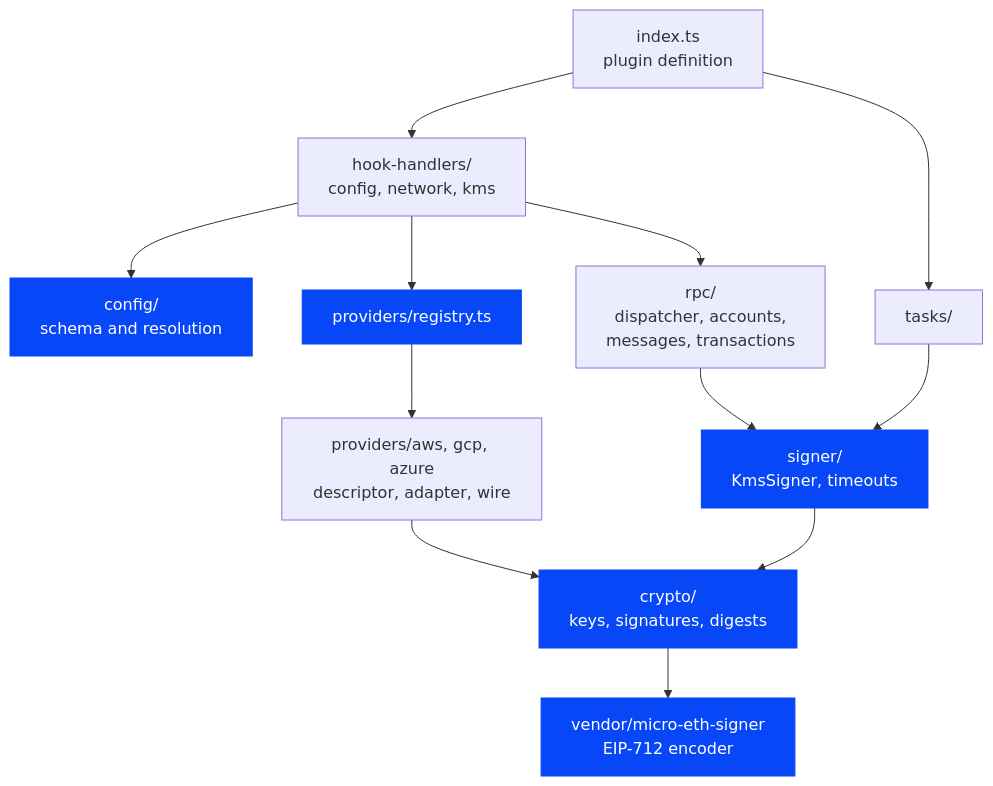
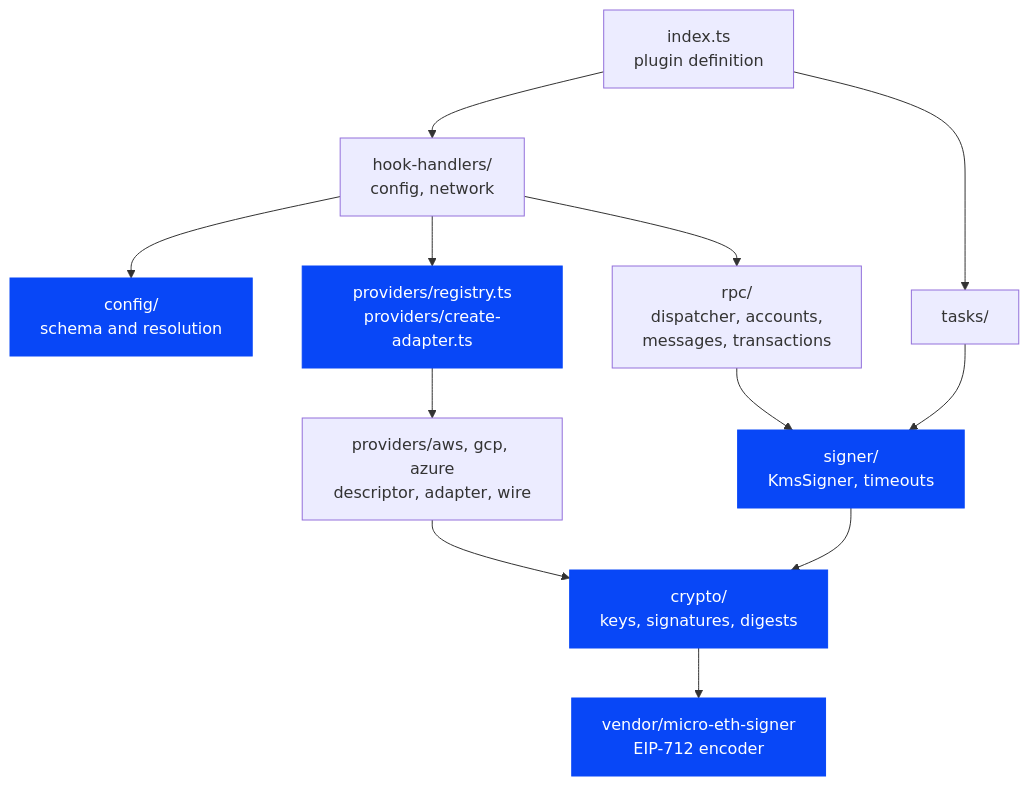
One commit to aelmanaa/hardhat-kms changed the first of 3 diagrams in docs/contributor/architecture.md. Above: the diagram before and after it, drawn with Mermaid. The commit also changed other lines of this file and 9 other files, not shown here.

First line of the commit message:
fix: check adapters fully and ship hook types with hardhat-kms/types

````diff
--- a/docs/contributor/architecture.md
+++ b/docs/contributor/architecture.md
@@ -11,16 +11,16 @@
 ```mermaid
 flowchart TD
-  index["index.ts<br/>plugin definition"] --> hooks["hook-handlers/<br/>config, network, kms"]
+  index["index.ts<br/>plugin definition"] --> hooks["hook-handlers/<br/>config, network"]
   index --> tasks["tasks/"]
   hooks --> config["config/<br/>schema and resolution"]
-  hooks --> registry["providers/registry.ts"]
+  hooks --> registry["providers/registry.ts<br/>providers/create-adapter.ts"]
   hooks --> rpc["rpc/<br/>dispatcher, accounts,<br/>messages, transactions"]
   rpc --> signer["signer/<br/>KmsSigner, timeouts"]
   tasks --> signer
   registry --> adapters["providers/aws, gcp, azure<br/>descriptor, adapter, wire"]
   signer --> crypto["crypto/<br/>keys, signatures, digests"]
   adapters --> crypto
   crypto --> vendor["vendor/micro-eth-signer<br/>EIP-712 encoder"]
   classDef done fill:#0847F7,color:#fff,stroke:#0847F7
   class crypto,signer,vendor,config,registry done
 ```
````
